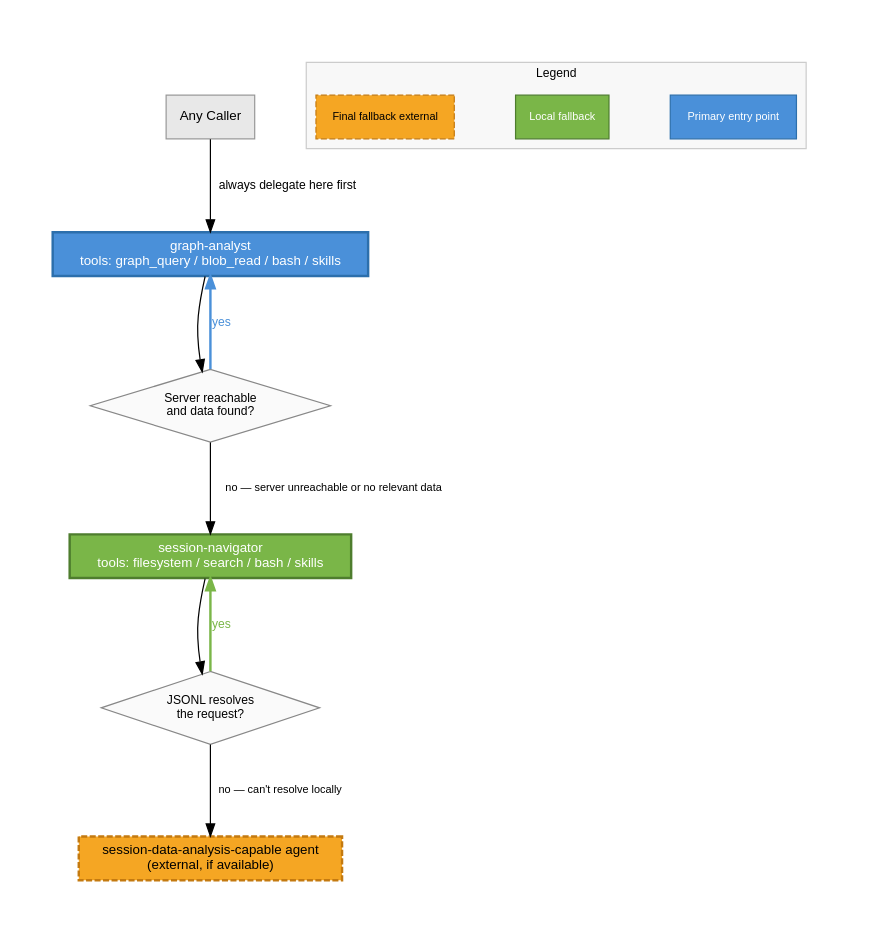
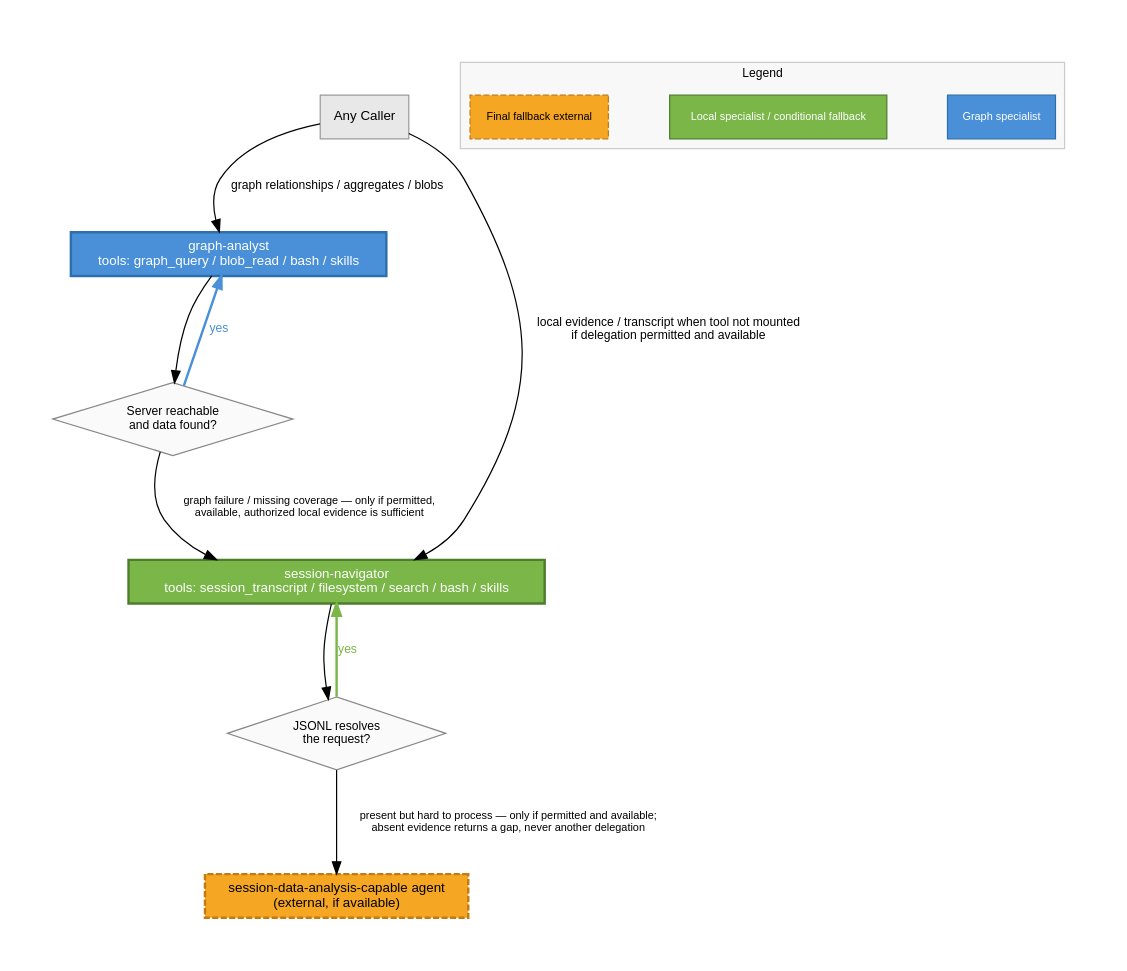
Before and after one commit to microsoft/amplifier-bundle-context-intelligence: the diagram in context/delegation-strategy.dot, drawn with Graphviz. The commit also changed 8 other files, not shown here.

Commit message:
docs(navigation): route session evidence by capability and scope

```diff
--- a/context/delegation-strategy.dot
+++ b/context/delegation-strategy.dot
@@ -1,145 +1,146 @@
 // Delegation Strategy — Agent Delegation Chain
 // Context-Intelligence Bundle
 //
-// Shows the delegation flow: graph-analyst → session-navigator → external session-data-analysis-capable agent
+// Routes graph and local evidence independently; fallbacks require permission and sufficient evidence.
 //
 // Render: dot -Tsvg delegation-strategy.dot -o delegation-strategy.svg
 
 digraph delegation_strategy {
     rankdir=TB;
     fontname="Helvetica";
     fontsize=12;
     nodesep=0.7;
     ranksep=0.9;
     pad=0.5;
 
     node [fontname="Helvetica", fontsize=11];
     edge [fontname="Helvetica", fontsize=10];
 
     // --- Box nodes ---
 
     caller [
         label="Any Caller",
         shape=box,
         style=filled,
         fillcolor="#E8E8E8",
         color="#999999"
     ];
 
     graph_analyst [
         label="graph-analyst\ntools: graph_query / blob_read / bash / skills",
         shape=box,
         style=filled,
         fillcolor="#4A90D9",
         fontcolor=white,
         color="#2C6FAC",
         penwidth=2
     ];
 
     navigator [
-        label="session-navigator\ntools: filesystem / search / bash / skills",
+        label="session-navigator\ntools: session_transcript / filesystem / search / bash / skills",
         shape=box,
         style=filled,
         fillcolor="#7AB648",
         fontcolor=white,
         color="#4E7D2E",
         penwidth=2
     ];
 
     session_analyst [
         label="session-data-analysis-capable agent\n(external, if available)",
         shape=box,
         style="filled,dashed",
         fillcolor="#F5A623",
         color="#C47A10",
         penwidth=2
     ];
 
     // --- Diamond decision nodes ---
 
     server_check [
         label="Server reachable\nand data found?",
         shape=diamond,
         style=filled,
         fillcolor="#FAFAFA",
         color="#888888",
         fontsize=10
     ];
 
     local_check [
         label="JSONL resolves\nthe request?",
         shape=diamond,
         style=filled,
         fillcolor="#FAFAFA",
         color="#888888",
         fontsize=10
     ];
 
     // --- Edges ---
 
-    caller -> graph_analyst [label="always delegate here first", fontsize=10];
+    caller -> graph_analyst [label="graph relationships / aggregates / blobs", fontsize=10];
+    caller -> navigator [label="local evidence / transcript when tool not mounted\nif delegation permitted and available", fontsize=10];
     graph_analyst -> server_check;
     server_check -> graph_analyst [
         label="yes",
         color="#4A90D9",
         fontcolor="#4A90D9",
         penwidth=2,
         style=bold
     ];
     server_check -> navigator [
-        label="no — server unreachable or no relevant data",
+        label="graph failure / missing coverage — only if permitted,\navailable, authorized local evidence is sufficient",
         fontsize=9
     ];
     navigator -> local_check;
     local_check -> navigator [
         label="yes",
         color="#7AB648",
         fontcolor="#7AB648",
         penwidth=2,
         style=bold
     ];
     local_check -> session_analyst [
-        label="no — can't resolve locally",
+        label="present but hard to process — only if permitted and available;\nabsent evidence returns a gap, never another delegation",
         fontsize=9
     ];
 
     // --- Legend ---
 
     subgraph cluster_legend {
         label="Legend";
         style=filled;
         fillcolor="#F8F8F8";
         color="#CCCCCC";
         fontname="Helvetica";
         fontsize=10;
 
         legend_primary [
-            label="Primary entry point",
+            label="Graph specialist",
             shape=box,
             style=filled,
             fillcolor="#4A90D9",
             fontcolor=white,
             color="#2C6FAC",
             fontsize=9
         ];
 
         legend_local [
-            label="Local fallback",
+            label="Local specialist / conditional fallback",
             shape=box,
             style=filled,
             fillcolor="#7AB648",
             fontcolor=white,
             color="#4E7D2E",
             fontsize=9
         ];
 
         legend_external [
             label="Final fallback external",
             shape=box,
             style="filled,dashed",
             fillcolor="#F5A623",
             color="#C47A10",
             fontsize=9
         ];
     }
 }
```
